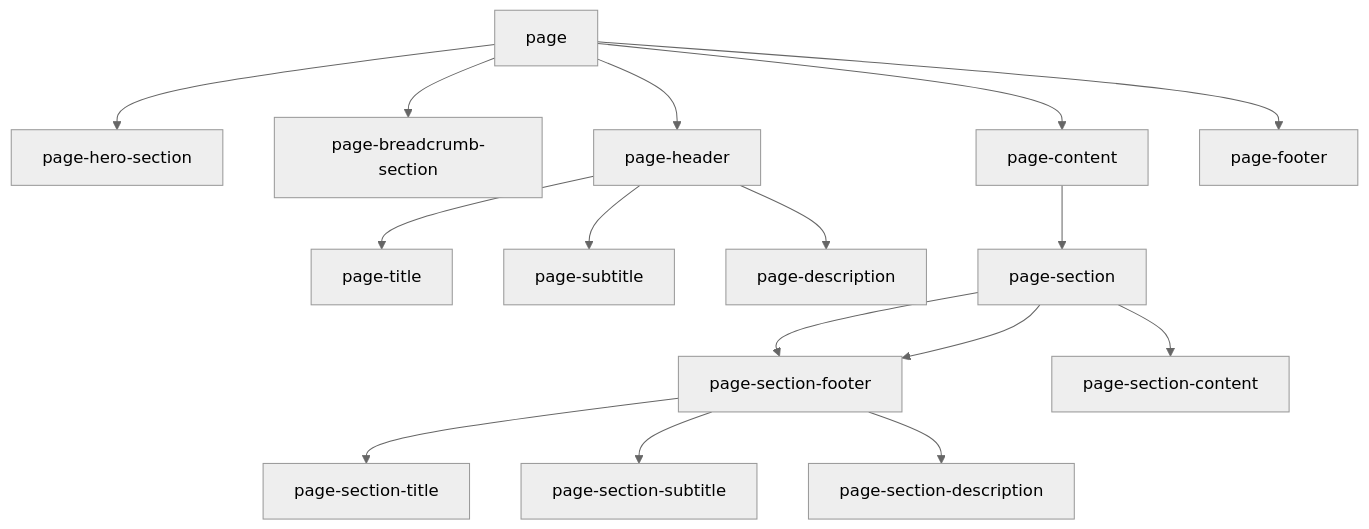
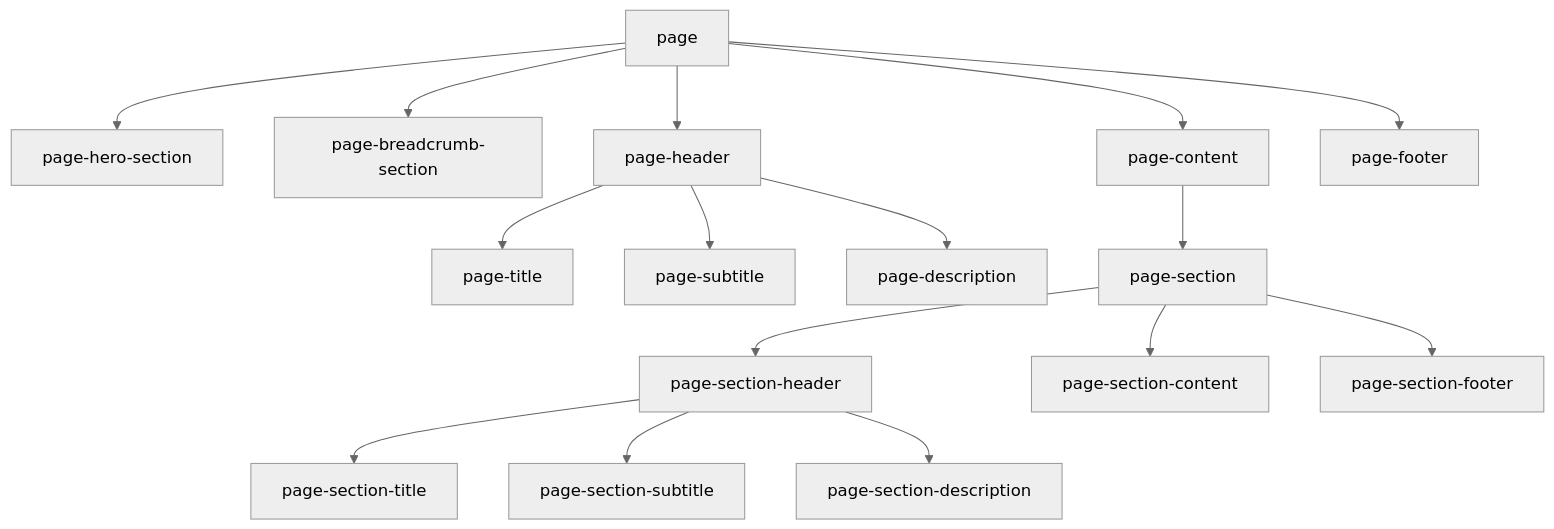
Before and after one commit to gridatek/semantic-components: the diagram in libs/ui/src/lib/components/page/page-structure.md, drawn with Mermaid (neutral theme).

Commit message:
build: wip

````diff
--- a/libs/ui/src/lib/components/page/page-structure.md
+++ b/libs/ui/src/lib/components/page/page-structure.md
@@ -3,19 +3,19 @@
 ```mermaid
 flowchart TD
   A[page]
   A --> B[page-hero-section]
   A --> G[page-breadcrumb-section]
   A --> C[page-header]
   C --> C1[page-title]
   C --> C2[page-subtitle]
   C --> C3[page-description]
   A --> D[page-content]
   D --> E[page-section]
   E --> E1[page-section-header]
   E1 --> E1a[page-section-title]
   E1 --> E1b[page-section-subtitle]
   E1 --> E1c[page-section-description]
   E --> E2[page-section-content]
-  E --> E1[page-section-footer]
+  E --> E3[page-section-footer]
   A --> F[page-footer]
 ```
````
